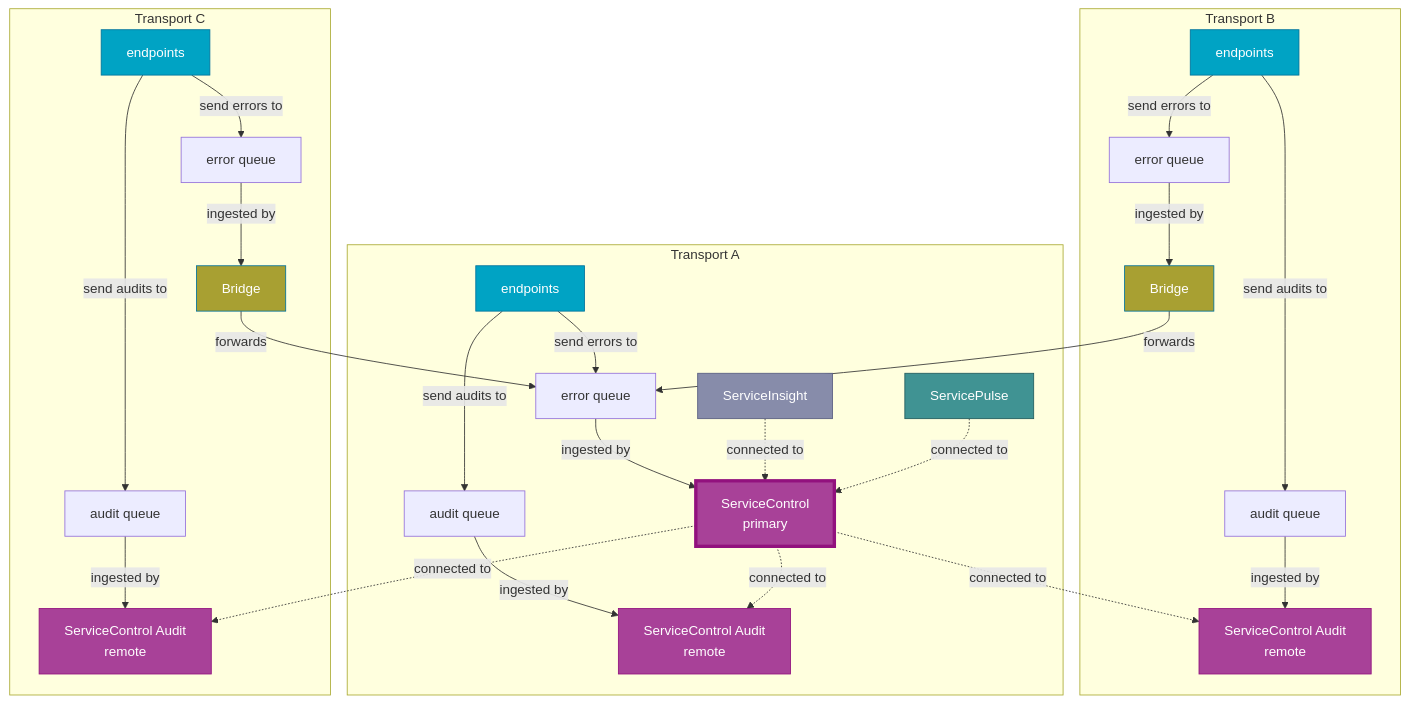
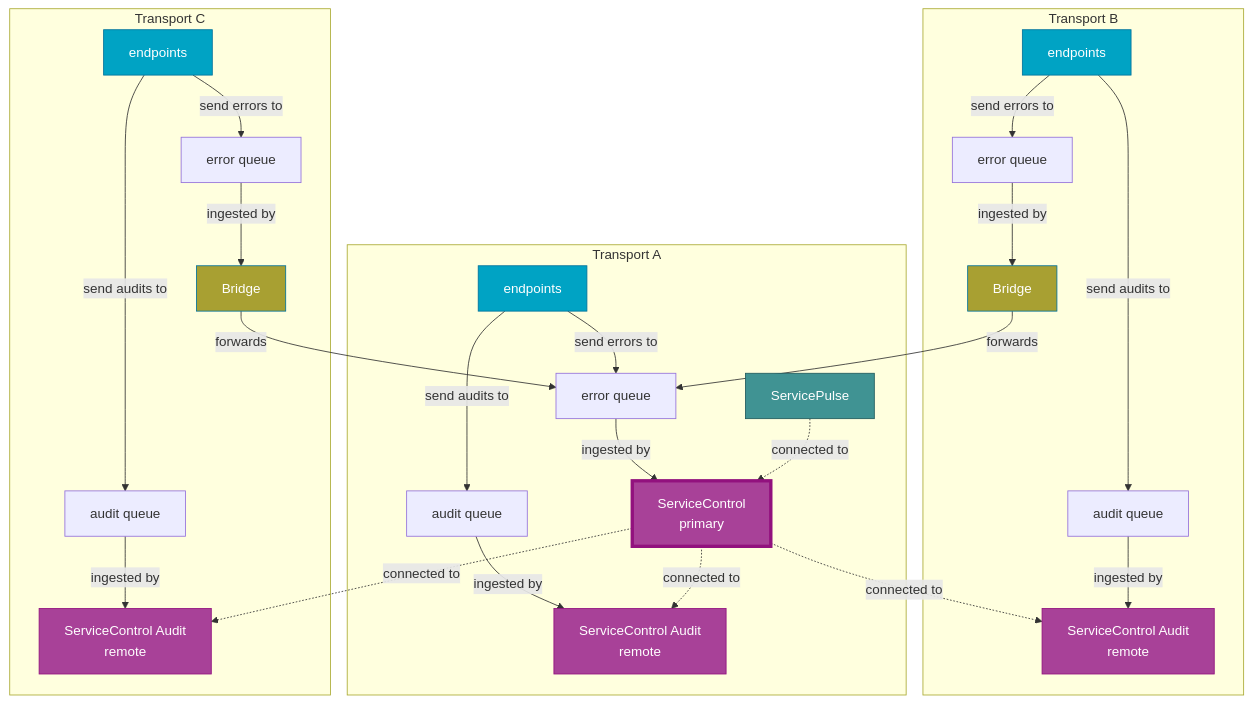
Before and after one commit to Particular/docs.particular.net: the fourth of 5 diagrams in servicecontrol/servicecontrol-instances/remotes.md, drawn with Mermaid. The commit also changed other lines of this file and 22 other files, not shown here.

First line of the commit message:
Remove ServiceInsight from /transports, /servicepulse and /servicecontrol docs (#7979)

````diff
--- a/servicecontrol/servicecontrol-instances/remotes.md
+++ b/servicecontrol/servicecontrol-instances/remotes.md
@@ -124,45 +115,42 @@
 ```mermaid
 graph TD
 primaryA -. connected to .-> auditA
 primaryA -. connected to .-> auditB
 primaryA -. connected to .-> auditC
 
 subgraph Transport A
 ServicePulse[ServicePulse] -. connected to .-> primaryA
-ServiceInsight[ServiceInsight] -. connected to .-> primaryA
 endpointsA[endpoints] -- send errors to --> errorQueueA[error queue]
 endpointsA -- send audits to --> auditQueueA[audit queue]
 errorQueueA -- ingested by --> primaryA[ServiceControl<br/>primary]
 auditQueueA -- ingested by --> auditA[ServiceControl Audit<br/>remote]
 end
 
 subgraph Transport B
 endpointsB[endpoints] -- send errors to --> errorQueueB[error queue]
 endpointsB -- send audits to --> auditQueueB[audit queue]
 errorQueueB -- ingested by --> bridgeB[Bridge]
 auditQueueB -- ingested by --> auditB[ServiceControl Audit<br/>remote]
 bridgeB -- forwards --> errorQueueA
 end
 
 subgraph Transport C
 endpointsC[endpoints] -- send errors to --> errorQueueC[error queue]
 endpointsC -- send audits to --> auditQueueC[audit queue]
 errorQueueC -- ingested by --> bridgeC[Bridge]
 auditQueueC -- ingested by --> auditC[ServiceControl Audit<br/>remote]
 bridgeC -- forwards --> errorQueueA
 end
 
 classDef Endpoints fill:#00A3C4,stroke:#00729C,color:#FFFFFF
 classDef Bridge fill:#a8a032,stroke:#00729C,color:#FFFFFF
-classDef ServiceInsight fill:#878CAA,stroke:#585D80,color:#FFFFFF
 classDef ServicePulse fill:#409393,stroke:#205B5D,color:#FFFFFF
 classDef ServiceControlPrimary fill:#A84198,stroke:#92117E,color:#FFFFFF,stroke-width:4px
 classDef ServiceControlRemote fill:#A84198,stroke:#92117E,color:#FFFFFF
 
 class endpointsA,endpointsB,endpointsC Endpoints
 class bridgeB,bridgeC Bridge
-class ServiceInsight ServiceInsight
 class ServicePulse ServicePulse
 class primaryA,primaryB ServiceControlPrimary
 class auditA,auditB,auditC ServiceControlRemote
 ```
````
